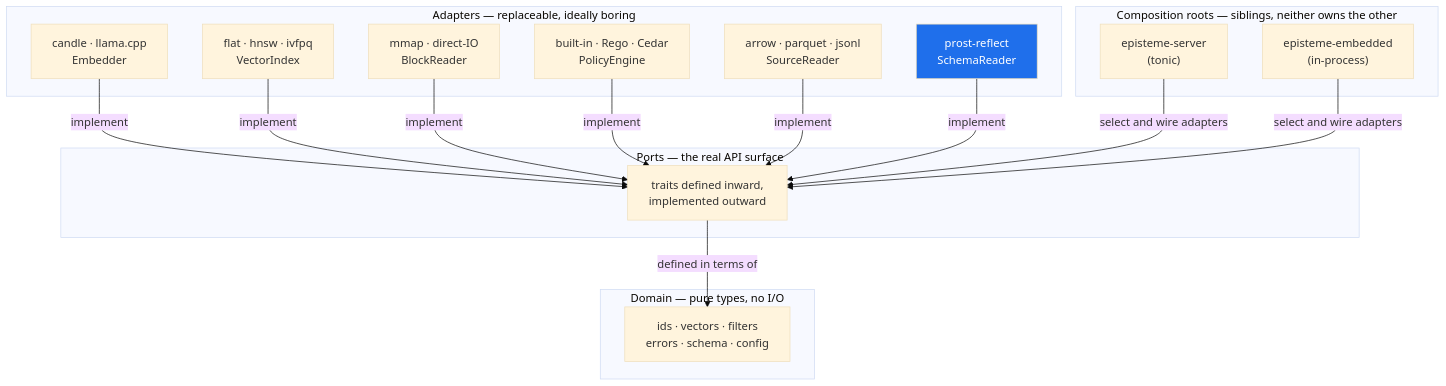
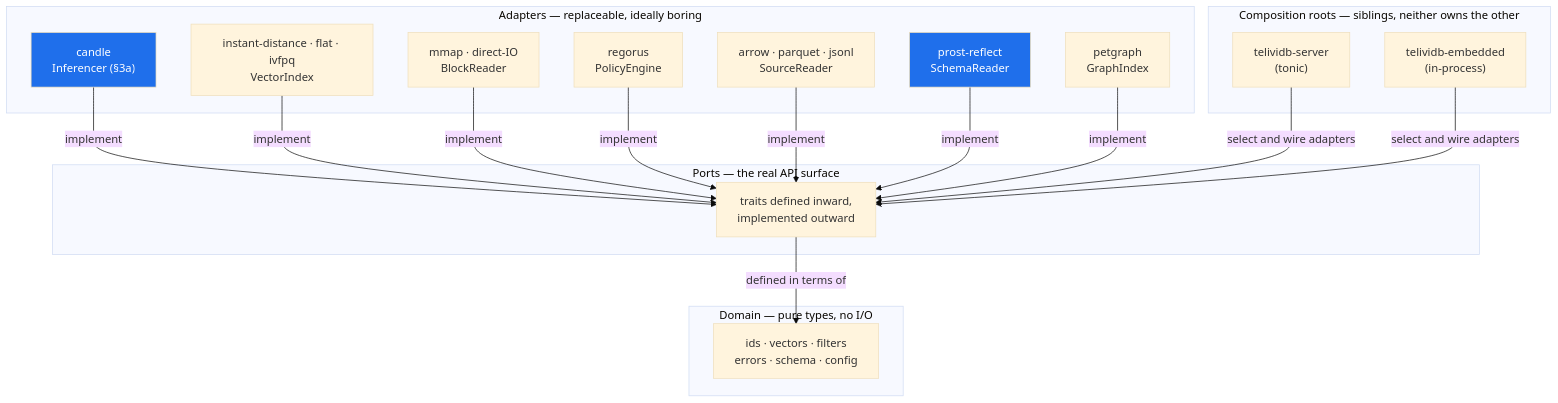
The third of 11 diagrams in docs/ARCHITECTURE.md (the-protobuf-project/telividb), drawn with Mermaid (base theme) before and after one commit. The commit also changed other lines of this file and 325 other files, not shown here.

````diff
--- a/docs/ARCHITECTURE.md
+++ b/docs/ARCHITECTURE.md
@@ -322,30 +414,32 @@
 ```mermaid
 flowchart TB
     subgraph outer["Adapters — replaceable, ideally boring"]
-        A1["candle · llama.cpp<br/>Embedder"]
-        A2["flat · hnsw · ivfpq<br/>VectorIndex"]
+        A1["candle<br/>Inferencer (§3a)"]
+        A2["instant-distance · flat · ivfpq<br/>VectorIndex"]
         A3["mmap · direct-IO<br/>BlockReader"]
-        A4["built-in · Rego · Cedar<br/>PolicyEngine"]
+        A4["regorus<br/>PolicyEngine"]
         A5["arrow · parquet · jsonl<br/>SourceReader"]
         A6["prost-reflect<br/>SchemaReader"]
+        A7["petgraph<br/>GraphIndex"]
     end
 
     subgraph ports["Ports — the real API surface"]
         P["traits defined inward,<br/>implemented outward"]
     end
 
     subgraph domain["Domain — pure types, no I/O"]
         D["ids · vectors · filters<br/>errors · schema · config"]
     end
 
     subgraph roots["Composition roots — siblings, neither owns the other"]
-        R1["episteme-server<br/>(tonic)"]
-        R2["episteme-embedded<br/>(in-process)"]
+        R1["telividb-server<br/>(tonic)"]
+        R2["telividb-embedded<br/>(in-process)"]
     end
 
-    A1 & A2 & A3 & A4 & A5 & A6 -->|"implement"| P
+    A1 & A2 & A3 & A4 & A5 & A6 & A7 -->|"implement"| P
     P -->|"defined in terms of"| D
     R1 & R2 -->|"select and wire adapters"| P
 
     style A6 fill:#1f6feb,color:#fff
+    style A1 fill:#1f6feb,color:#fff
 ```
````
